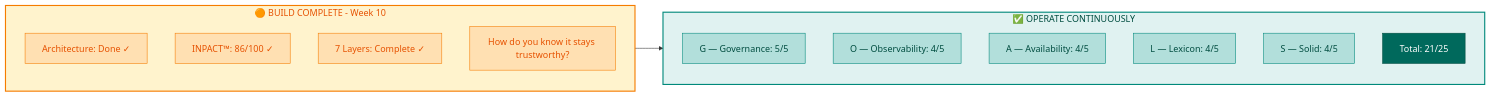
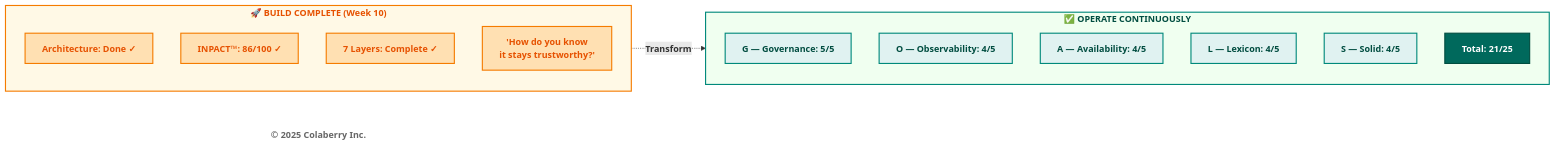
The first of 14 diagrams in manuscript/chapter_7_goals_framework_v3_0.md (saitejesh-cyber/trust-before-intelligence-book), drawn with Mermaid before and after one commit. The commit also changed other lines of this file and 52 other files, not shown here.

````diff
--- a/manuscript/chapter_7_goals_framework_v3_0.md
+++ b/manuscript/chapter_7_goals_framework_v3_0.md
@@ -113,33 +114,36 @@
 ```mermaid
-graph LR
-    subgraph BEFORE["🟠 BUILD COMPLETE - Week 10"]
-        B1["Architecture: Done ✓"]
-        B2["INPACT™: 86/100 ✓"]
-        B3["7 Layers: Complete ✓"]
-        B4["How do you know it stays trustworthy?"]
+flowchart LR
+    subgraph BUILD["<b>🚀 BUILD COMPLETE (Week 10)</b>"]
+        B1["<b>Architecture: Done ✓</b>"]
+        B2["<b>INPACT™: 86/100 ✓</b>"]
+        B3["<b>7 Layers: Complete ✓</b>"]
+        B4["<b>'How do you know</b><br/><b>it stays trustworthy?'</b>"]
     end
-    
-    subgraph AFTER["✅ OPERATE CONTINUOUSLY"]
-        A1["G — Governance: 5/5"]
-        A2["O — Observability: 4/5"]
-        A3["A — Availability: 4/5"]
-        A4["L — Lexicon: 4/5"]
-        A5["S — Solid: 4/5"]
-        A6["Total: 21/25"]
+
+    subgraph OPERATE["<b>✅ OPERATE CONTINUOUSLY</b>"]
+        G["<b>G — Governance: 5/5</b>"]
+        O["<b>O — Observability: 4/5</b>"]
+        A["<b>A — Availability: 4/5</b>"]
+        L["<b>L — Lexicon: 4/5</b>"]
+        S["<b>S — Solid: 4/5</b>"]
+        T["<b>Total: 21/25</b>"]
     end
-    
-    BEFORE --> AFTER
-    
-    style BEFORE fill:#fff3cd,stroke:#f57c00,stroke-width:2px,color:#e65100
-    style AFTER fill:#e0f2f1,stroke:#00897b,stroke-width:2px,color:#004d40
-    style B1 fill:#ffe0b2,stroke:#f57c00,color:#e65100
-    style B2 fill:#ffe0b2,stroke:#f57c00,color:#e65100
-    style B3 fill:#ffe0b2,stroke:#f57c00,color:#e65100
-    style B4 fill:#ffe0b2,stroke:#f57c00,color:#e65100
-    style A1 fill:#b2dfdb,stroke:#00897b,color:#004d40
-    style A2 fill:#b2dfdb,stroke:#00897b,color:#004d40
-    style A3 fill:#b2dfdb,stroke:#00897b,color:#004d40
-    style A4 fill:#b2dfdb,stroke:#00897b,color:#004d40
-    style A5 fill:#b2dfdb,stroke:#00897b,color:#004d40
-    style A6 fill:#00695c,stroke:#004d40,color:#ffffff
+
+    Copyright["<b>© 2025 Colaberry Inc.</b>"]
+
+    BUILD -.->|"<b>Transform</b>"| OPERATE
+
+    style BUILD fill:#fff9e6,stroke:#f57c00,stroke-width:2px,color:#e65100
+    style B1 fill:#ffe0b2,stroke:#f57c00,stroke-width:2px,color:#e65100
+    style B2 fill:#ffe0b2,stroke:#f57c00,stroke-width:2px,color:#e65100
+    style B3 fill:#ffe0b2,stroke:#f57c00,stroke-width:2px,color:#e65100
+    style B4 fill:#ffe0b2,stroke:#f57c00,stroke-width:2px,color:#e65100
+    style OPERATE fill:#f0fff0,stroke:#00897b,stroke-width:2px,color:#004d40
+    style G fill:#e0f2f1,stroke:#00897b,stroke-width:2px,color:#004d40
+    style O fill:#e0f2f1,stroke:#00897b,stroke-width:2px,color:#004d40
+    style A fill:#e0f2f1,stroke:#00897b,stroke-width:2px,color:#004d40
+    style L fill:#e0f2f1,stroke:#00897b,stroke-width:2px,color:#004d40
+    style S fill:#e0f2f1,stroke:#00897b,stroke-width:2px,color:#004d40
+    style T fill:#00695c,stroke:#004d40,stroke-width:2px,color:#ffffff
+    style Copyright fill:#ffffff,stroke:none,color:#666666
 ```
````
